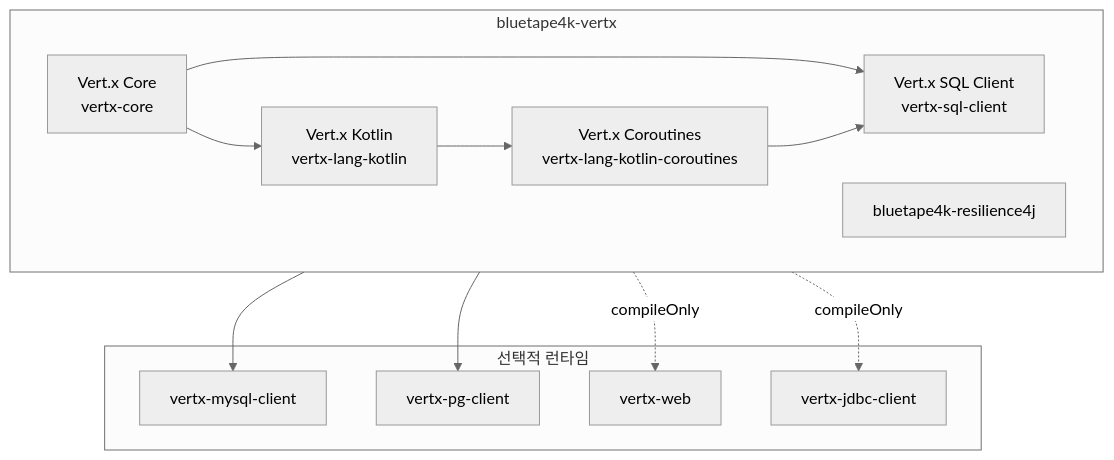
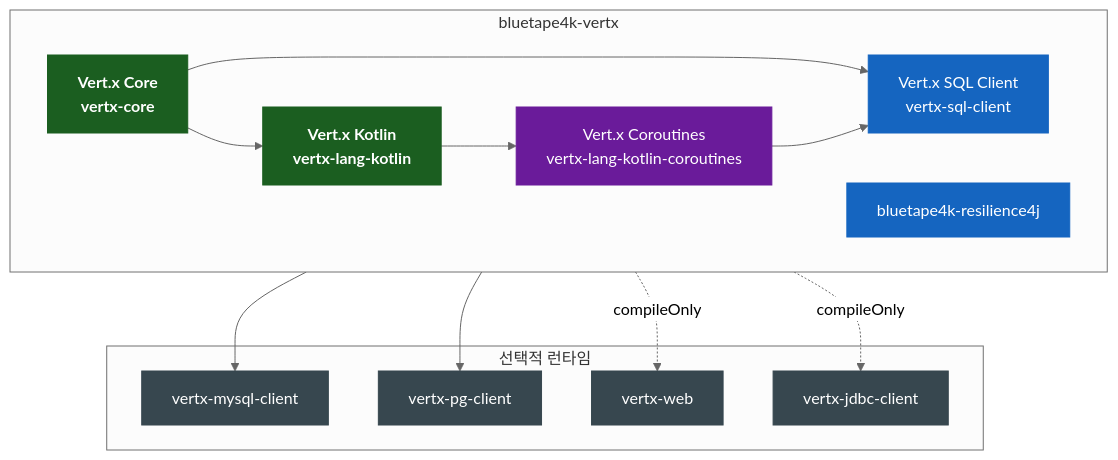
The first of 4 diagrams in io/vertx/README.ko.md (bluetape4k/bluetape4k-projects), drawn with Mermaid (neutral theme) before and after one commit. The commit also changed other lines of this file and 221 other files, not shown here.

First line of the commit message:
docs: 전체 모듈 README UML 다이어그램 보강 및 색상 업그레이드

````diff
--- a/io/vertx/README.ko.md
+++ b/io/vertx/README.ko.md
@@ -71,25 +71,35 @@
 ```mermaid
 flowchart TD
     subgraph bluetape4k-vertx
         CORE[Vert.x Core<br/>vertx-core]
         KOTLIN[Vert.x Kotlin<br/>vertx-lang-kotlin]
         COROUTINES[Vert.x Coroutines<br/>vertx-lang-kotlin-coroutines]
         SQL[Vert.x SQL Client<br/>vertx-sql-client]
         R4J[bluetape4k-resilience4j]
     end
 
     subgraph 선택적 런타임
         MYSQL[vertx-mysql-client]
         PG[vertx-pg-client]
         WEB[vertx-web]
         JDBC[vertx-jdbc-client]
     end
 
     CORE --> KOTLIN --> COROUTINES
     CORE --> SQL
     COROUTINES --> SQL
     bluetape4k-vertx --> MYSQL
     bluetape4k-vertx --> PG
     bluetape4k-vertx -.->|compileOnly| WEB
     bluetape4k-vertx -.->|compileOnly| JDBC
+
+    classDef coreStyle fill:#1B5E20,stroke:#1B5E20,color:#FFFFFF,font-weight:bold
+    classDef asyncStyle fill:#6A1B9A,stroke:#6A1B9A,color:#FFFFFF
+    classDef serviceStyle fill:#1565C0,stroke:#1565C0,color:#FFFFFF
+    classDef extStyle fill:#37474F,stroke:#37474F,color:#FFFFFF
+
+    class CORE,KOTLIN coreStyle
+    class COROUTINES asyncStyle
+    class SQL,R4J serviceStyle
+    class MYSQL,PG,WEB,JDBC extStyle
 ```
````
